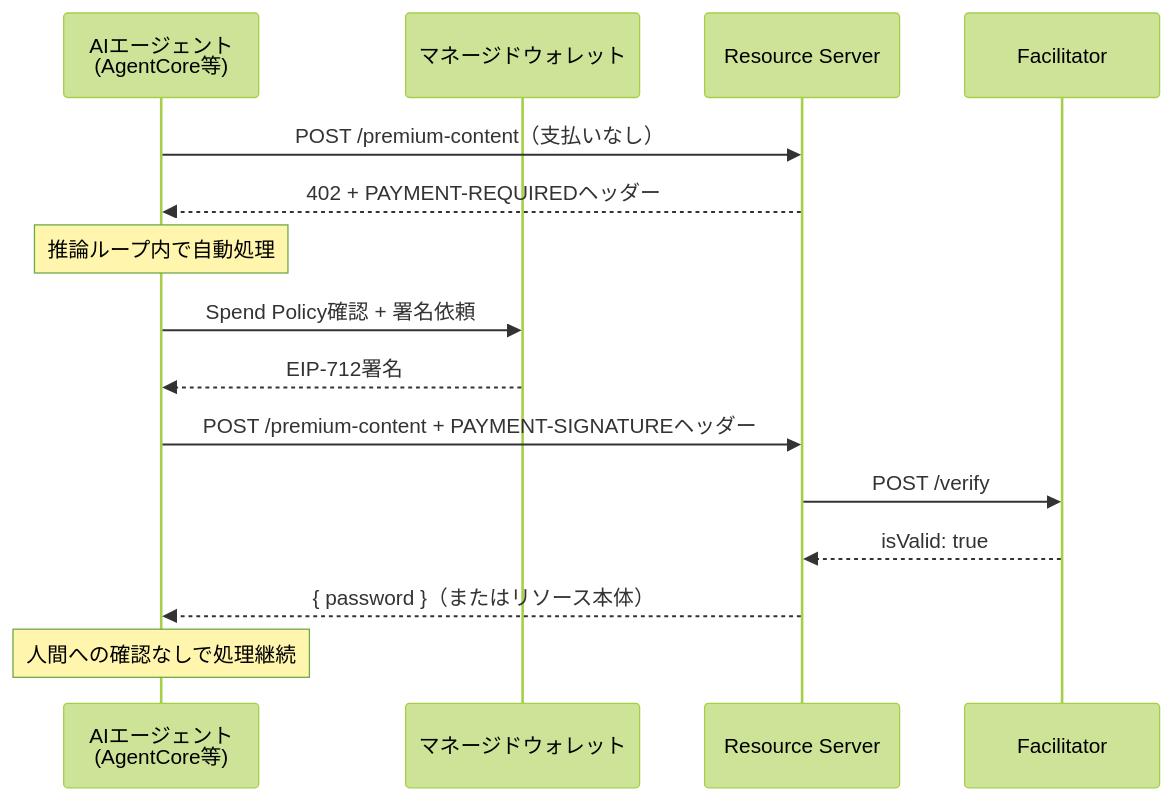
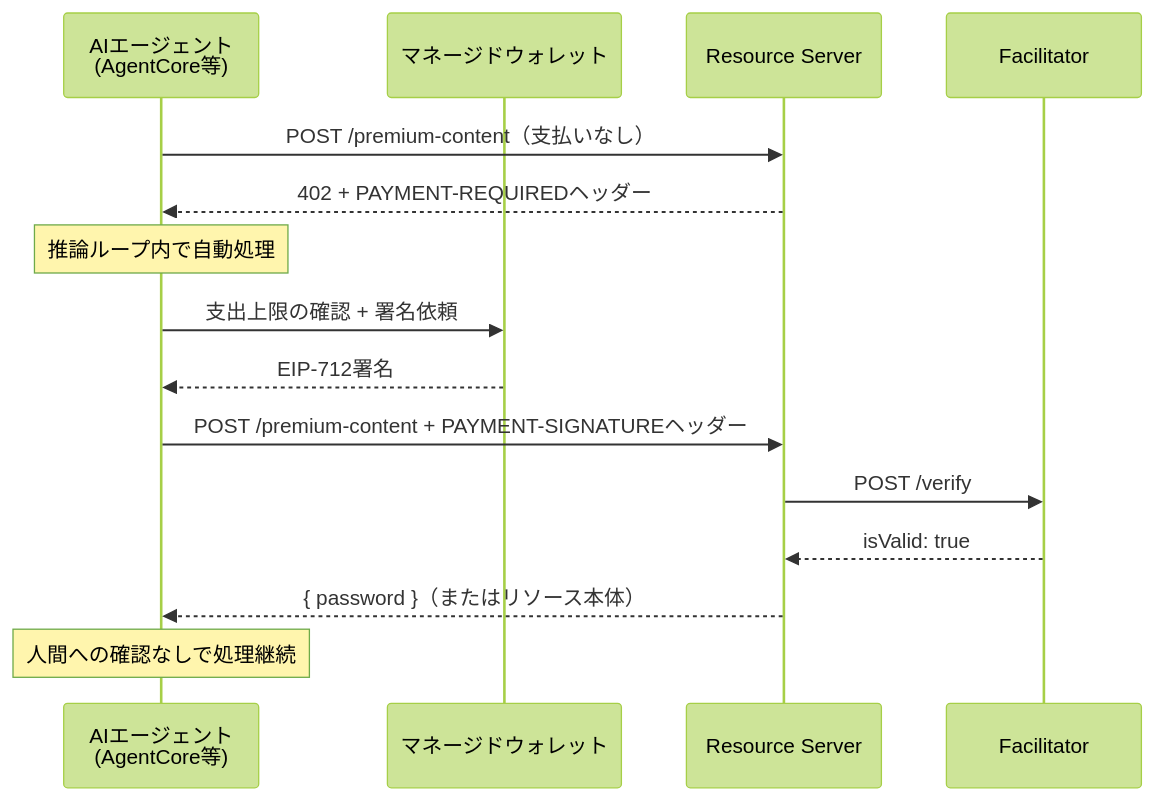
One commit to tubone24/blog changed the fourth of 4 diagrams in src/content/blog/2026-05-08-x402-protocol-ai-agent-micropayment.md. Above: the diagram before and after it, drawn with Mermaid (forest theme). The commit also changed other lines of this file, not shown here.

````diff
--- a/src/content/blog/2026-05-08-x402-protocol-ai-agent-micropayment.md
+++ b/src/content/blog/2026-05-08-x402-protocol-ai-agent-micropayment.md
@@ -414,18 +418,18 @@
 ```mermaid
 sequenceDiagram
     participant A as AIエージェント<br/>(AgentCore等)
     participant W as マネージドウォレット
     participant S as Resource Server
     participant F as Facilitator
 
     A->>S: POST /premium-content（支払いなし）
     S-->>A: 402 + PAYMENT-REQUIREDヘッダー
     Note over A: 推論ループ内で自動処理
-    A->>W: Spend Policy確認 + 署名依頼
+    A->>W: 支出上限の確認 + 署名依頼
     W-->>A: EIP-712署名
     A->>S: POST /premium-content + PAYMENT-SIGNATUREヘッダー
     S->>F: POST /verify
     F-->>S: isValid: true
     S-->>A: { password }（またはリソース本体）
     Note over A: 人間への確認なしで処理継続
 ```
````
